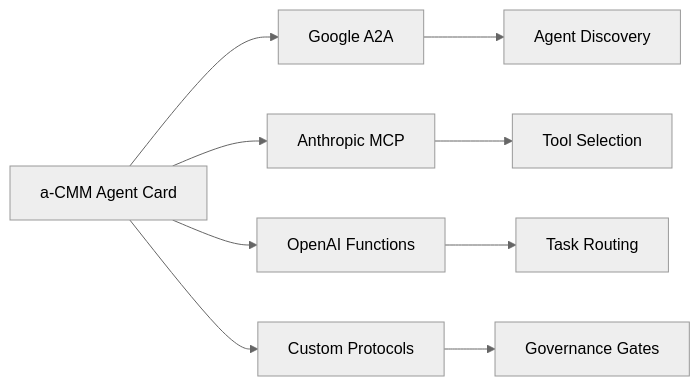
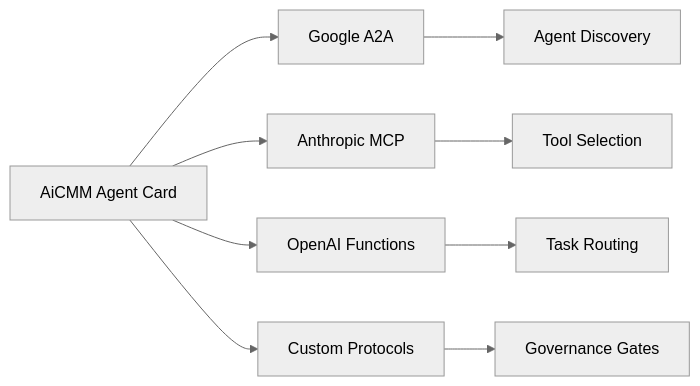
The first of 3 diagrams in docs/standards/integration-guide.md (snchande/Arima-AiCMM), drawn with Mermaid (neutral theme) before and after one commit. The commit also changed other lines of this file and 56 other files, not shown here.

````diff
--- a/docs/standards/integration-guide.md
+++ b/docs/standards/integration-guide.md
@@ -11,12 +11,12 @@
 ```mermaid
 graph LR
-    Card["a-CMM Agent Card"] --> A2A["Google A2A"]
+    Card["AiCMM Agent Card"] --> A2A["Google A2A"]
     Card --> MCP["Anthropic MCP"]
     Card --> OAI["OpenAI Functions"]
     Card --> Custom["Custom Protocols"]
 
     A2A --> Discovery["Agent Discovery"]
     MCP --> ToolSelection["Tool Selection"]
     OAI --> Routing["Task Routing"]
     Custom --> Governance["Governance Gates"]
 ```
````
